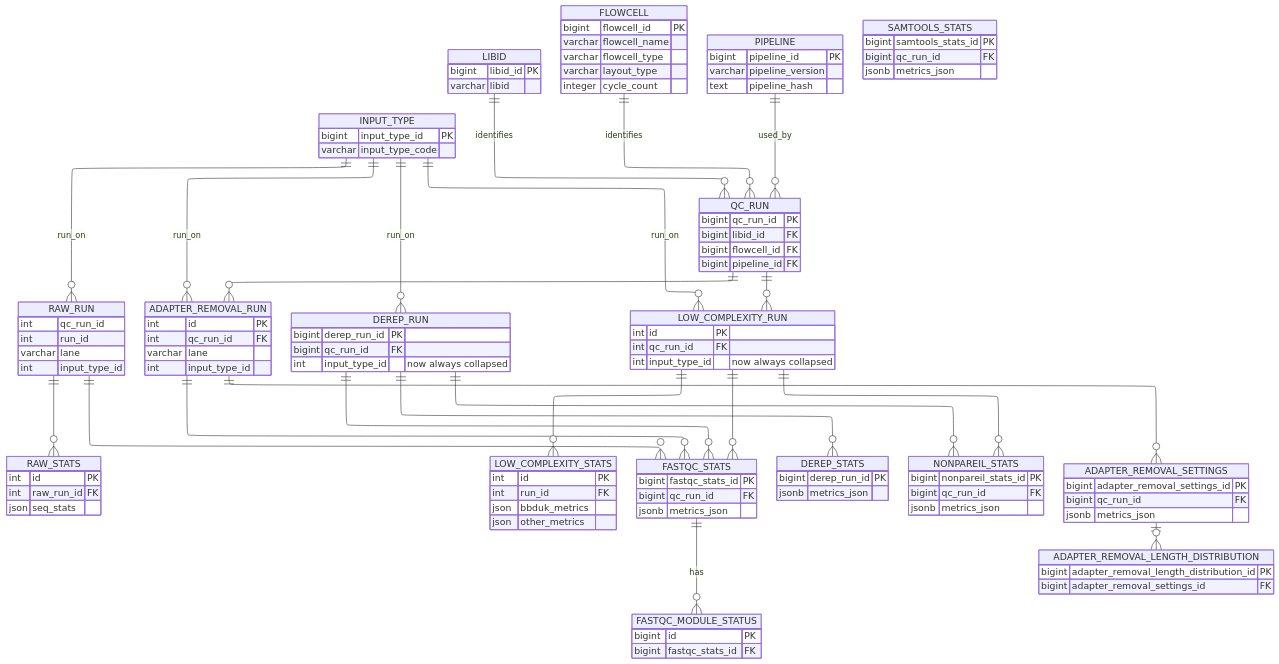
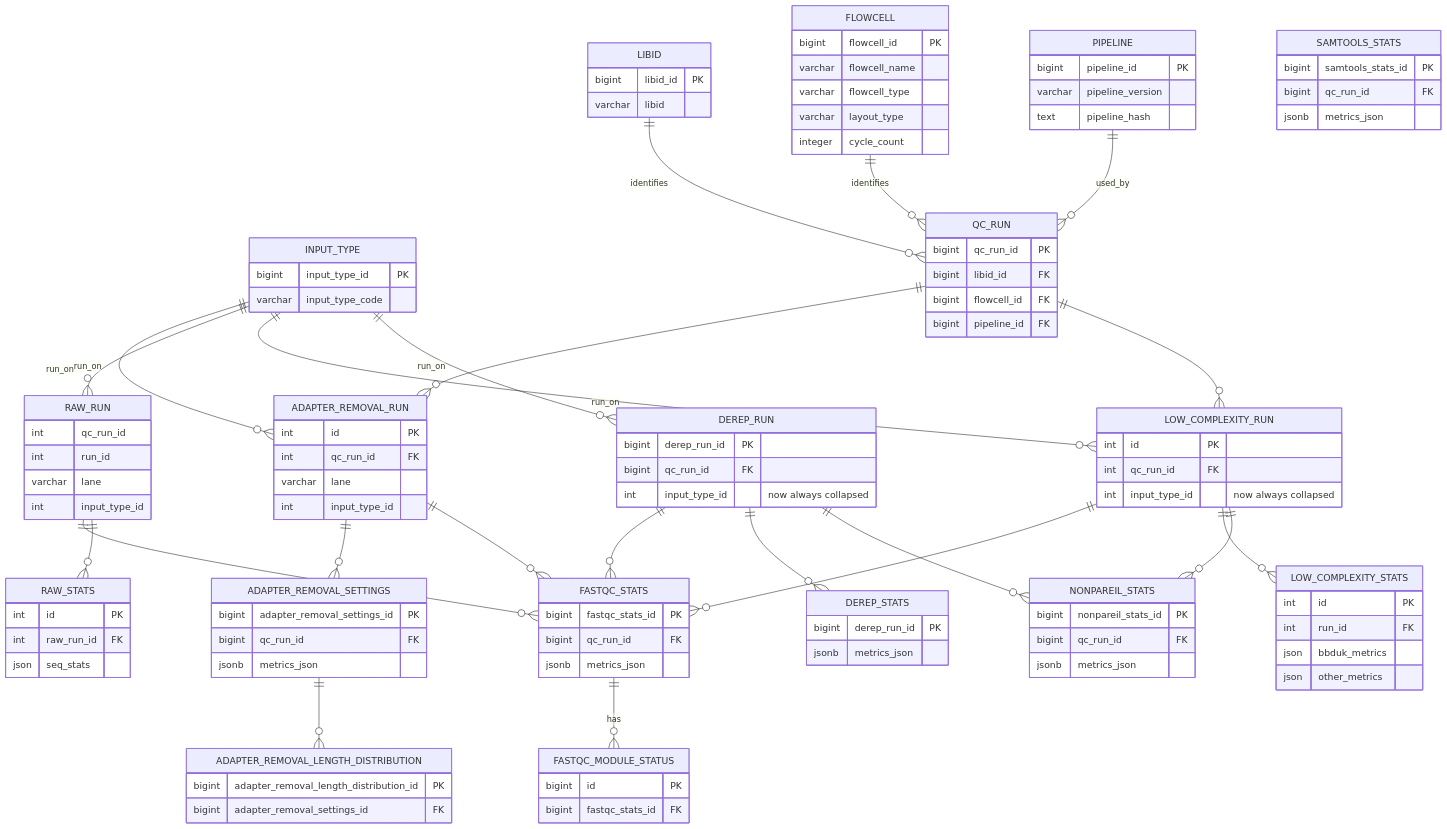
The diagram in diagrams/main diagrams/original_normalized_mj.mmd (GeoGenetics/qc-parser), drawn with Mermaid before and after one commit.

Commit message:
Remove layout configuration from MMD diagram
Removed configuration settings for layout and padding.

```diff
--- a/diagrams/main diagrams/original_normalized_mj.mmd
+++ b/diagrams/main diagrams/original_normalized_mj.mmd
@@ -1,146 +1,139 @@
----
-config:
-  layout: elk
-  er:
-    entityPadding: 1
-    diagramPadding: 6
----
 erDiagram
     LIBID {
         bigint libid_id PK
         varchar libid
     }
 
     FLOWCELL {
         bigint flowcell_id PK
         varchar flowcell_name
         varchar flowcell_type
         varchar layout_type
         integer cycle_count
     }
 
     PIPELINE {
         bigint pipeline_id PK
         varchar pipeline_version
         text pipeline_hash
     }
 
     INPUT_TYPE {
         bigint input_type_id PK
         varchar input_type_code
     }
 
     QC_RUN {
         bigint qc_run_id PK
         bigint libid_id FK
         bigint flowcell_id FK
         bigint pipeline_id FK
     }
 
     RAW_RUN {
         int qc_run_id
         int run_id
         varchar lane
         int input_type_id
     }
 
     RAW_STATS {
         int id PK
         int raw_run_id FK
         json seq_stats
     }
 
     ADAPTER_REMOVAL_RUN {
         int id PK
         int qc_run_id FK
         varchar lane
         int input_type_id
     }
 
     DEREP_RUN {
         bigint derep_run_id PK
         bigint qc_run_id FK
         int input_type_id "now always collapsed"
     }
 
     LOW_COMPLEXITY_RUN {
         int id PK
         int qc_run_id FK
         int input_type_id "now always collapsed"
     }
 
     LOW_COMPLEXITY_STATS {
         int id PK 
         int run_id FK
         json bbduk_metrics
         json other_metrics
     }
 
     FASTQC_STATS {
         bigint fastqc_stats_id PK
         bigint qc_run_id FK
         jsonb metrics_json
     }
 
     DEREP_STATS {
         bigint derep_run_id PK
         jsonb metrics_json
     }
 
     NONPAREIL_STATS {
         bigint nonpareil_stats_id PK
         bigint qc_run_id FK
         jsonb metrics_json
     }
 
     SAMTOOLS_STATS {
         bigint samtools_stats_id PK
         bigint qc_run_id FK
         jsonb metrics_json
     }
 
     ADAPTER_REMOVAL_SETTINGS {
         bigint adapter_removal_settings_id PK
         bigint qc_run_id FK
         jsonb metrics_json
     }
 
     ADAPTER_REMOVAL_LENGTH_DISTRIBUTION {
         bigint adapter_removal_length_distribution_id PK
         bigint adapter_removal_settings_id FK
     }
 
     FASTQC_MODULE_STATUS {
         bigint id PK
         bigint fastqc_stats_id FK
     }
 
     LIBID ||--o{ QC_RUN : identifies
     FLOWCELL ||--o{ QC_RUN : identifies
     PIPELINE ||--o{ QC_RUN : used_by
 
     QC_RUN ||--o{ ADAPTER_REMOVAL_RUN : ""
     QC_RUN ||--o{ LOW_COMPLEXITY_RUN : ""
 
     ADAPTER_REMOVAL_RUN ||--o{ ADAPTER_REMOVAL_SETTINGS : ""
     ADAPTER_REMOVAL_SETTINGS ||--o{ ADAPTER_REMOVAL_LENGTH_DISTRIBUTION : ""
     ADAPTER_REMOVAL_RUN ||--o{ FASTQC_STATS : ""
 
     LOW_COMPLEXITY_RUN ||--o{ FASTQC_STATS : ""
     LOW_COMPLEXITY_RUN ||--o{ LOW_COMPLEXITY_STATS : ""
     LOW_COMPLEXITY_RUN ||--o{ NONPAREIL_STATS : ""
 
     RAW_RUN ||--o{ FASTQC_STATS : ""
     RAW_RUN ||--o{ RAW_STATS : ""
 
     DEREP_RUN ||--o{ FASTQC_STATS : ""
     DEREP_RUN ||--o{ DEREP_STATS : ""
     DEREP_RUN ||--o{ NONPAREIL_STATS : ""
 
 
     INPUT_TYPE ||--o{ ADAPTER_REMOVAL_RUN : run_on
     INPUT_TYPE ||--o{ RAW_RUN : run_on
     INPUT_TYPE ||--o{ LOW_COMPLEXITY_RUN : run_on
     INPUT_TYPE ||--o{ DEREP_RUN : run_on
 
     FASTQC_STATS ||--o{ FASTQC_MODULE_STATUS : has
```
